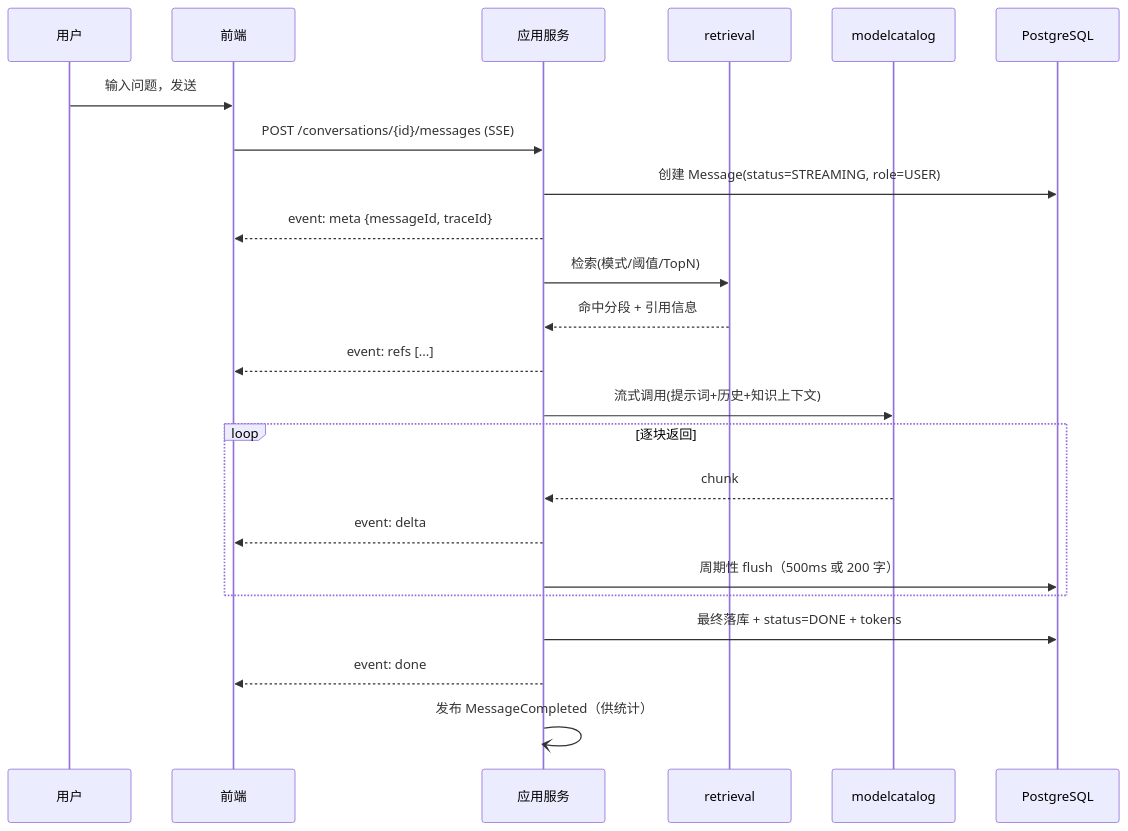
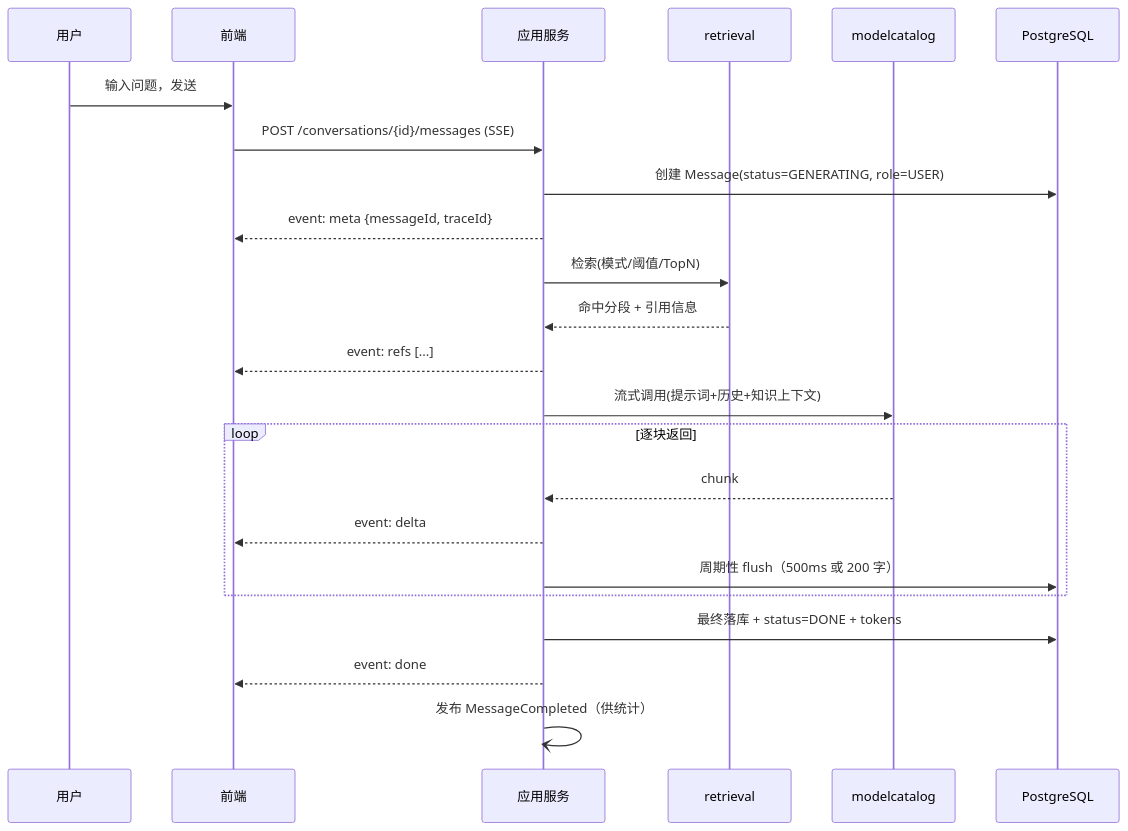
Before and after one commit to Lincoln-cn/ai-knowledge-platform: the first of 6 diagrams in docs/系统设计方案/03-关键机制设计.md, drawn with Mermaid. The commit also changed other lines of this file and 1 other file, not shown here.

````diff
--- a/docs/系统设计方案/03-关键机制设计.md
+++ b/docs/系统设计方案/03-关键机制设计.md
@@ -65,26 +68,26 @@
 ```mermaid
 sequenceDiagram
   participant U as 用户
   participant F as 前端
   participant A as 应用服务
   participant R as retrieval
   participant M as modelcatalog
   participant D as PostgreSQL
 
   U->>F: 输入问题，发送
   F->>A: POST /conversations/{id}/messages (SSE)
-  A->>D: 创建 Message(status=STREAMING, role=USER)
+  A->>D: 创建 Message(status=GENERATING, role=USER)
   A-->>F: event: meta {messageId, traceId}
   A->>R: 检索(模式/阈值/TopN)
   R-->>A: 命中分段 + 引用信息
   A-->>F: event: refs [...]
   A->>M: 流式调用(提示词+历史+知识上下文)
   loop 逐块返回
     M-->>A: chunk
     A-->>F: event: delta
     A->>D: 周期性 flush（500ms 或 200 字）
   end
   A->>D: 最终落库 + status=DONE + tokens
   A-->>F: event: done
   A-)A: 发布 MessageCompleted（供统计）
 ```
````
